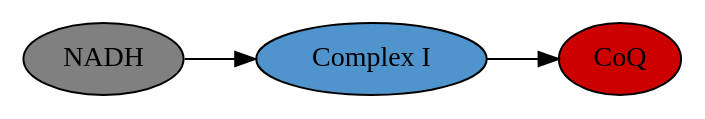
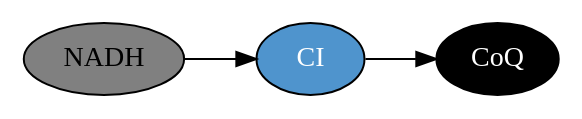
One commit to hendersonmpa/study-notes changed the third of 6 diagrams in methods/mito/mito.org. Above: the diagram before and after it, drawn with Graphviz. The commit also changed other lines of this file and 19 other files, not shown here.

```diff
--- a/methods/mito/mito.org
+++ b/methods/mito/mito.org
@@ -168,13 +171,13 @@
 #+BEGIN_SRC dot :file ./mito/figures/c1.pdf :cmdline -Kdot -Tpdf
   digraph {
            // graph from left to right
            rankdir=LR;
            splines=true;
            node [shape=oval];
            nadh [label="NADH", fillcolor=grey, style=filled];
-           c1 [label="Complex I", fillcolor=steelblue3, style=filled];
-           q [label="CoQ", fillcolor=red3, style=filled];    
+           c1 [label="CI", fillcolor=steelblue3, fontcolor=white, style=filled];
+           q [label="CoQ", fillcolor=black, fontcolor=white, style=filled];    
            nadh -> c1;
            c1 -> q;
            }    
 #+END_SRC
```
